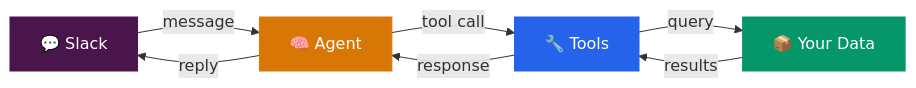
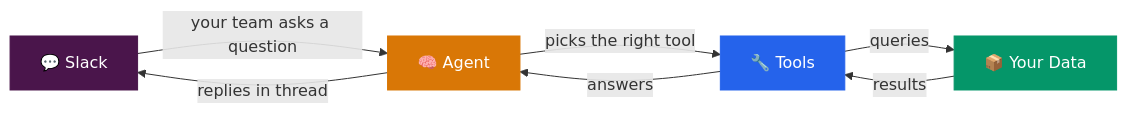
One commit to Mikeishiring/slackbot changed the first of 8 diagrams in README.md. Above: the diagram before and after it, drawn with Mermaid. The commit also changed other lines of this file, not shown here.

````diff
--- a/README.md
+++ b/README.md
@@ -17,14 +19,14 @@
 ```mermaid
 graph LR
-    A["💬 Slack"] -->|message| B["🧠 Agent"]
-    B -->|tool call| C["🔧 Tools"]
-    C -->|query| D["📦 Your Data"]
-    D -->|results| C
-    C -->|response| B
-    B -->|reply| A
+    A["💬 Slack"] -->|"your team asks a question"| B["🧠 Agent"]
+    B -->|"picks the right tool"| C["🔧 Tools"]
+    C -->|"queries"| D["📦 Your Data"]
+    D -->|"results"| C
+    C -->|"answers"| B
+    B -->|"replies in thread"| A
 
     style A fill:#4A154B,color:#fff,stroke:#4A154B
     style B fill:#D97706,color:#fff,stroke:#D97706
     style C fill:#2563EB,color:#fff,stroke:#2563EB
     style D fill:#059669,color:#fff,stroke:#059669
 ```
````
